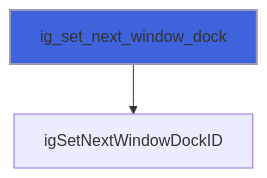
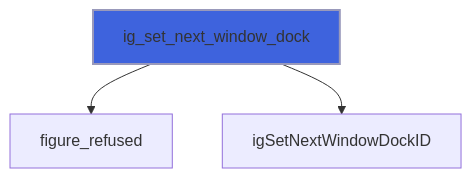
One commit to szaghi/figure changed the seventh of 9 diagrams in docs/api/src/lib/figure_dock.md. Above: the diagram before and after it, drawn with Mermaid. The commit also changed other lines of this file and 10 other files, not shown here.

````diff
--- a/docs/api/src/lib/figure_dock.md
+++ b/docs/api/src/lib/figure_dock.md
@@ -207,5 +223,6 @@
 ```mermaid
 flowchart TD
+  ig_set_next_window_dock["ig_set_next_window_dock"] --> figure_refused["figure_refused"]
   ig_set_next_window_dock["ig_set_next_window_dock"] --> igSetNextWindowDockID["igSetNextWindowDockID"]
   style ig_set_next_window_dock fill:#3e63dd,stroke:#99b,stroke-width:2px
 ```
````
